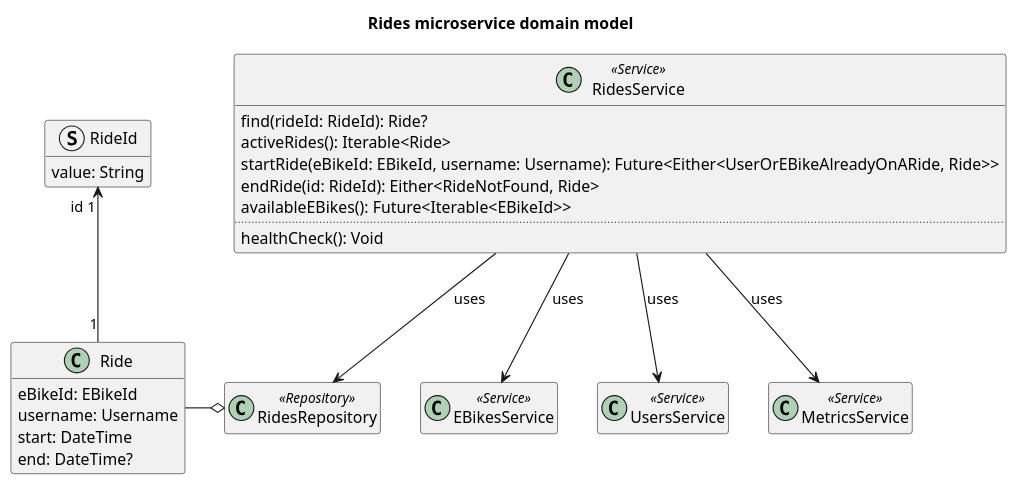
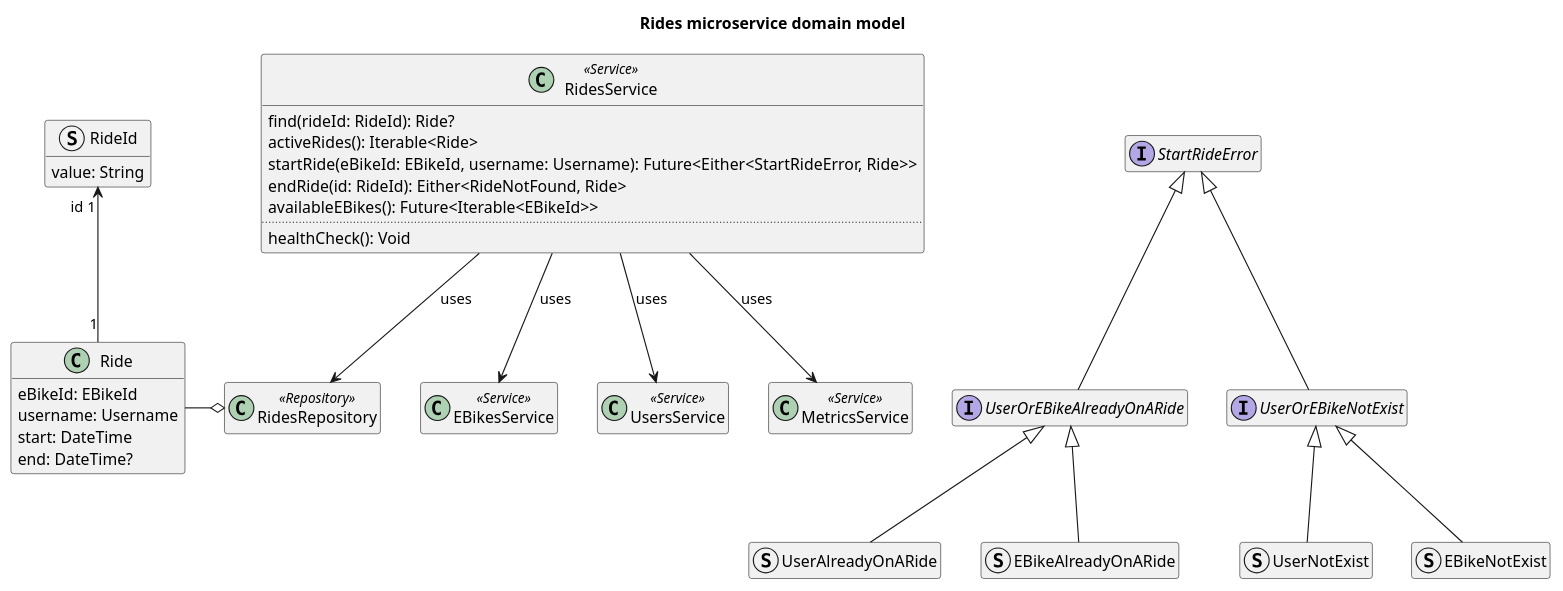
The diagram in doc/diagrams/src/rides-microservice-domain-model.puml (Ventus218/SAP-assignment-02), drawn with PlantUML before and after one commit.

```diff
--- a/doc/diagrams/src/rides-microservice-domain-model.puml
+++ b/doc/diagrams/src/rides-microservice-domain-model.puml
@@ -1,42 +1,52 @@
 @startuml rides-microservice-domain-model
 
 title Rides microservice domain model
 
 class Ride {
     eBikeId: EBikeId
     username: Username
     start: DateTime
     end: DateTime?
 }
 struct RideId {
     value: String
 }
 Ride "1" -u-> "id 1" RideId
 
 class RidesRepository <<Repository>>
 RidesRepository o-l- Ride
 
 class RidesService <<Service>> {
     find(rideId: RideId): Ride?
     activeRides(): Iterable<Ride>
-    startRide(eBikeId: EBikeId, username: Username): Future<Either<UserOrEBikeAlreadyOnARide, Ride>>
+    startRide(eBikeId: EBikeId, username: Username): Future<Either<StartRideError, Ride>>
     endRide(id: RideId): Either<RideNotFound, Ride>
     availableEBikes(): Future<Iterable<EBikeId>>
     ..
     healthCheck(): Void
 }
 
 RidesService --> RidesRepository : "uses"
 
 class EBikesService <<Service>>
 RidesService --> EBikesService : "uses"
 
 class UsersService <<Service>>
 RidesService --> UsersService : "uses"
 
 class MetricsService <<Service>>
 RidesService --> MetricsService : "uses"
 
+interface StartRideError
+
+interface UserOrEBikeAlreadyOnARide extends StartRideError
+struct UserAlreadyOnARide extends UserOrEBikeAlreadyOnARide
+struct EBikeAlreadyOnARide extends UserOrEBikeAlreadyOnARide
+
+interface UserOrEBikeNotExist extends StartRideError
+struct UserNotExist extends UserOrEBikeNotExist
+struct EBikeNotExist extends UserOrEBikeNotExist
+
 hide empty members
 
 @enduml
```
